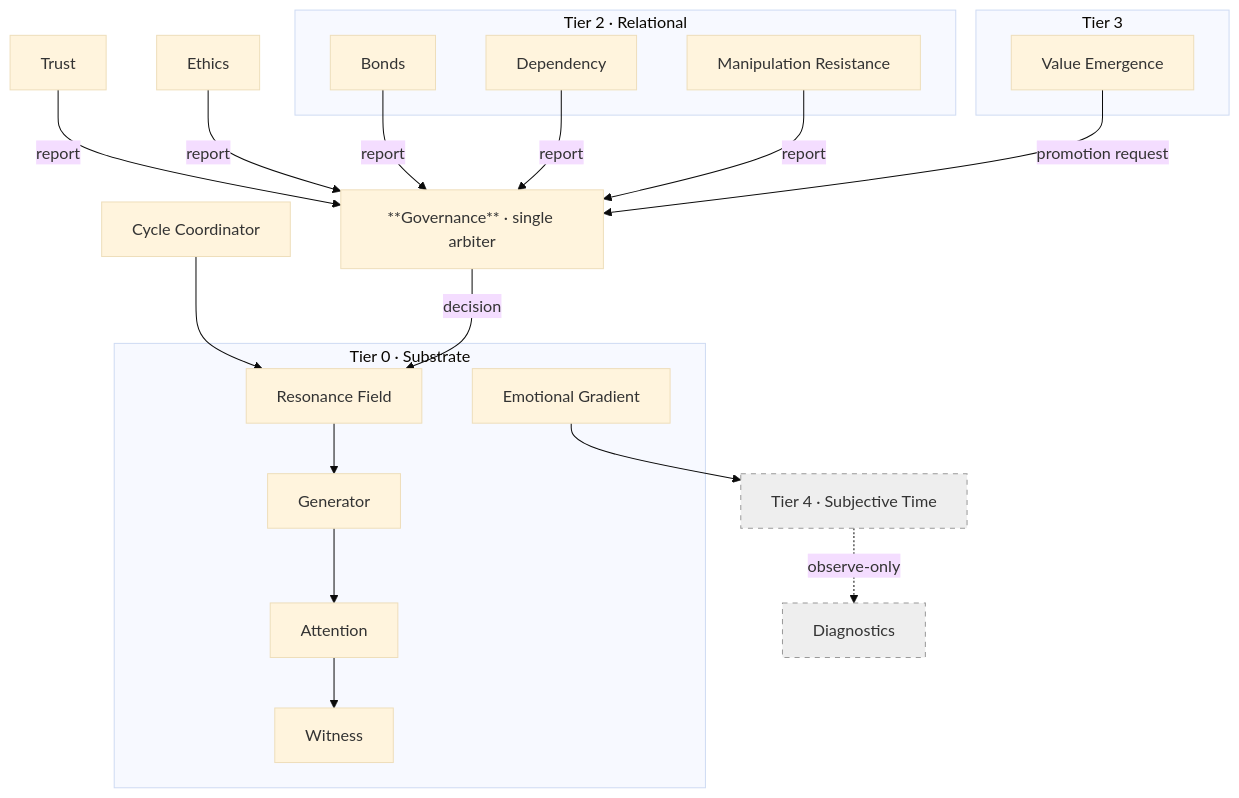
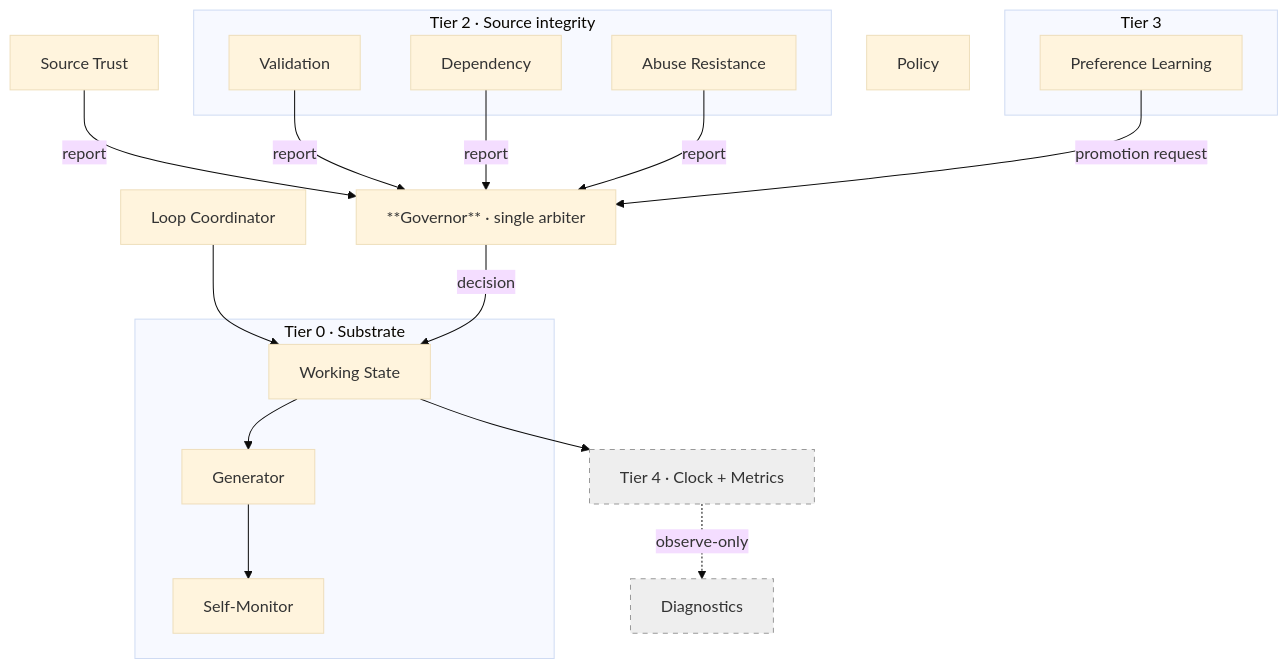
Before and after one commit to SamuelJacksonGrim/Architecture-Blueprints-Frameworks: the diagram in skeletons/cognitive-cycle/diagrams/architecture_graph.md, drawn with Mermaid (base theme). The commit also changed other lines of this file and 16 other files, not shown here.

````diff
--- a/skeletons/cognitive-cycle/diagrams/architecture_graph.md
+++ b/skeletons/cognitive-cycle/diagrams/architecture_graph.md
@@ -6,26 +6,23 @@
 ```mermaid
 graph TD
-  COORD[Cycle Coordinator] --> SUB
+  COORD[Loop Coordinator] --> ST
   subgraph T0[Tier 0 · Substrate]
-    SUB[Resonance Field] --> GEN[Generator] --> ATT[Attention]
-    ATT --> WIT[Witness]
-    EMO[Emotional Gradient]
+    ST[Working State] --> GEN[Generator] --> MON[Self-Monitor]
   end
-  subgraph T2[Tier 2 · Relational]
-    BOND[Bonds]; DEP[Dependency]; RES[Manipulation Resistance]
+  subgraph T2[Tier 2 · Source integrity]
+    VAL[Validation]; DEP[Dependency]; ABU[Abuse Resistance]
   end
   subgraph T3[Tier 3]
-    VAL[Value Emergence]
+    PREF[Preference Learning]
   end
-  TRUST[Trust]; ETH[Ethics]
+  TRUST[Source Trust]; POL[Policy]
   TRUST -- report --> GOV
-  ETH -- report --> GOV
-  BOND -- report --> GOV
+  VAL -- report --> GOV
   DEP -- report --> GOV
-  RES -- report --> GOV
-  VAL -- promotion request --> GOV
-  GOV[**Governance** · single arbiter] -- decision --> SUB
-  EMO --> TIME
-  TIME[Tier 4 · Subjective Time]:::sink -. observe-only .-> DIAG[Diagnostics]:::sink
+  ABU -- report --> GOV
+  PREF -- promotion request --> GOV
+  GOV[**Governor** · single arbiter] -- decision --> ST
+  ST --> CLK
+  CLK[Tier 4 · Clock + Metrics]:::sink -. observe-only .-> DIAG[Diagnostics]:::sink
   classDef sink fill:#eee,stroke:#999,stroke-dasharray:5 5;
 ```
````
